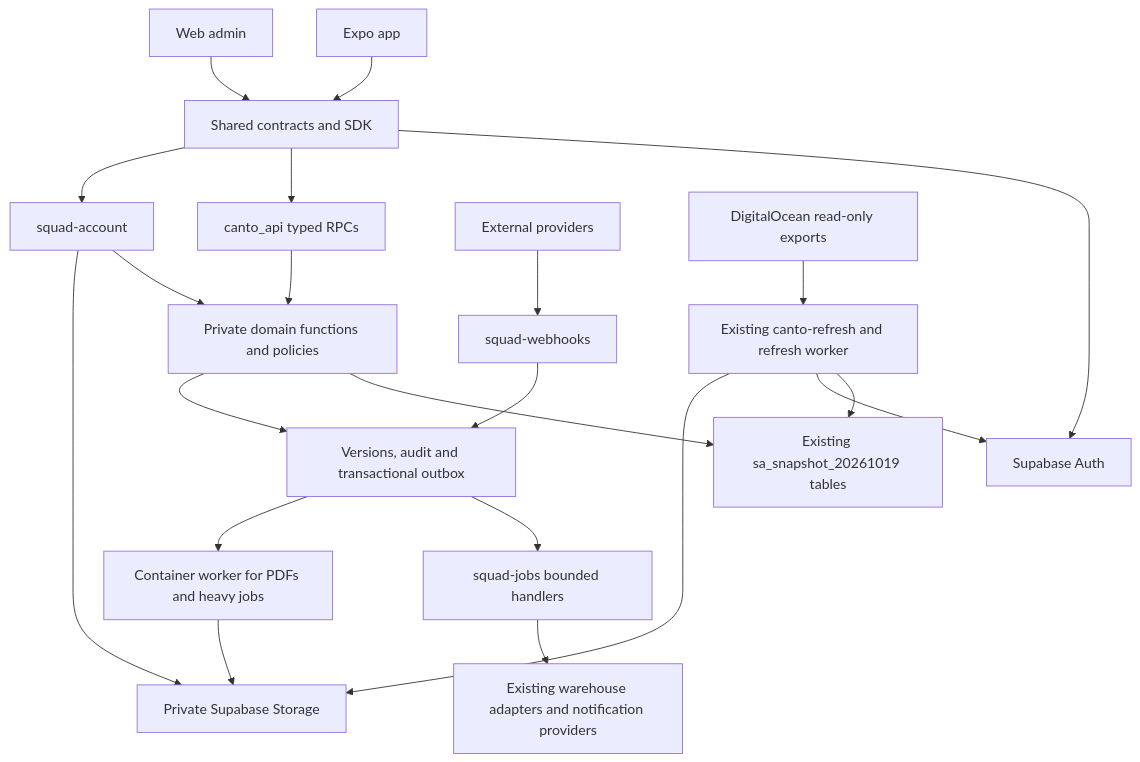
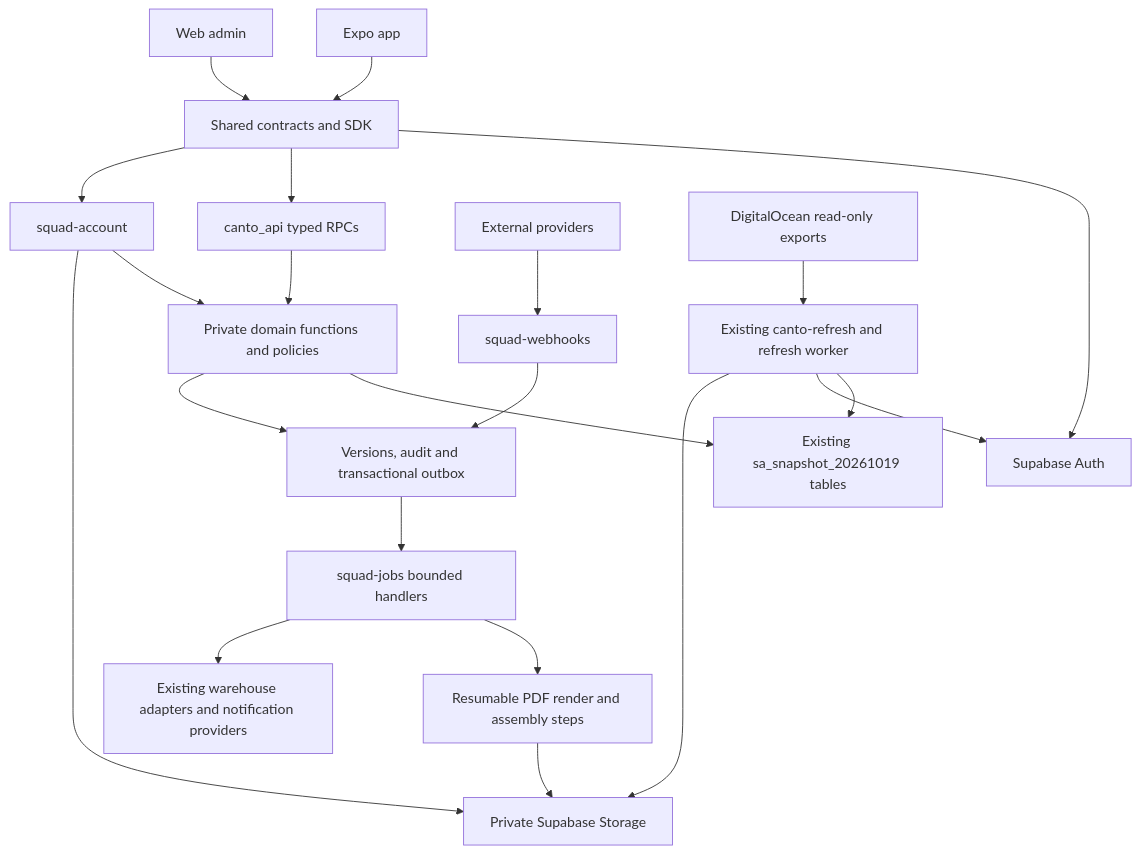
The diagram in docs/SQUAD_ONE_BACKEND_PLAN.md (Mayur8291/Printing-Tracker), drawn with Mermaid before and after one commit. The commit also changed other lines of this file and 44 other files, not shown here.

````diff
--- a/docs/SQUAD_ONE_BACKEND_PLAN.md
+++ b/docs/SQUAD_ONE_BACKEND_PLAN.md
@@ -76,23 +76,23 @@
 ```mermaid
 flowchart TB
   Mobile[Expo app] --> SDK[Shared contracts and SDK]
   Admin[Web admin] --> SDK
   SDK --> Auth[Supabase Auth]
   SDK --> RPC[canto_api typed RPCs]
   SDK --> Account[squad-account]
   RPC --> Domain[Private domain functions and policies]
   Domain --> Snapshot[Existing sa_snapshot_20261019 tables]
   Domain --> Ops[Versions, audit and transactional outbox]
   Account --> Domain
   Account --> Storage[Private Supabase Storage]
   Providers[External providers] --> Webhooks[squad-webhooks]
   Webhooks --> Ops
   Ops --> Jobs[squad-jobs bounded handlers]
-  Ops --> Worker[Container worker for PDFs and heavy jobs]
+  Jobs --> Render[Resumable PDF render and assembly steps]
   Jobs --> Existing[Existing warehouse adapters and notification providers]
-  Worker --> Storage
+  Render --> Storage
   DO[DigitalOcean read-only exports] --> Refresh[Existing canto-refresh and refresh worker]
   Refresh --> Snapshot
   Refresh --> Auth
   Refresh --> Storage
 ```
````
